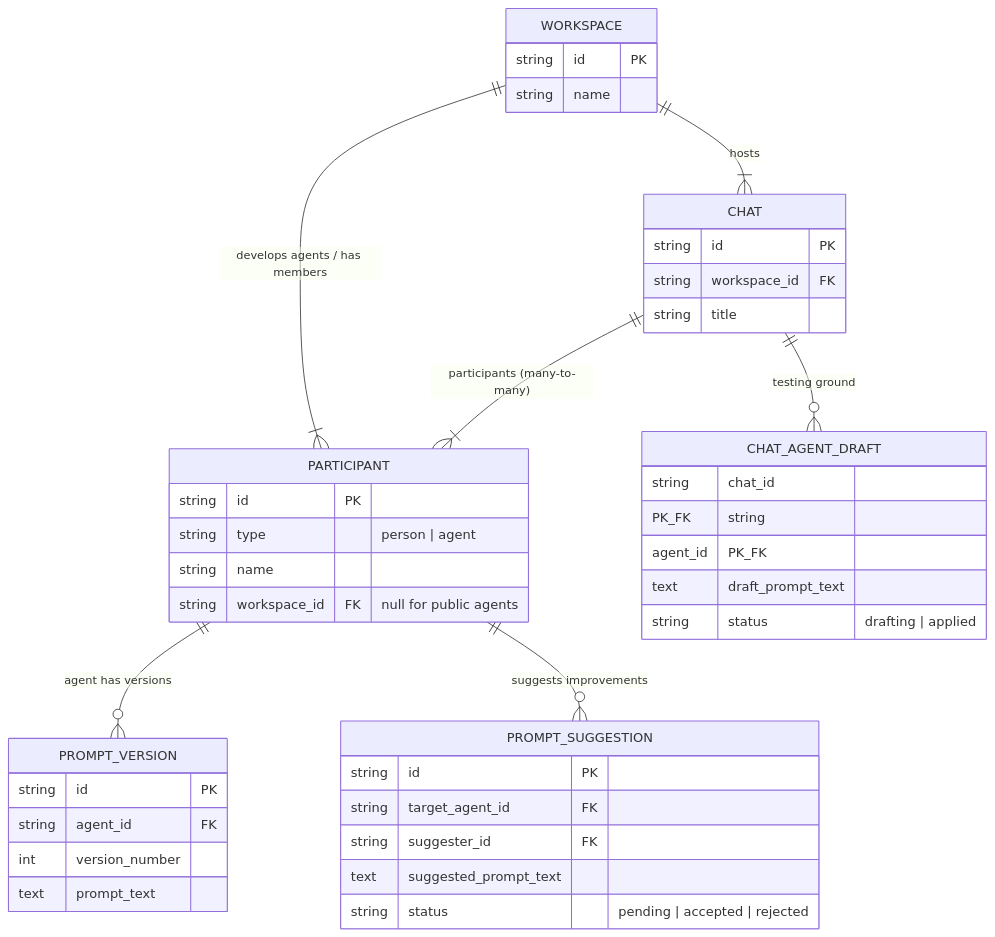
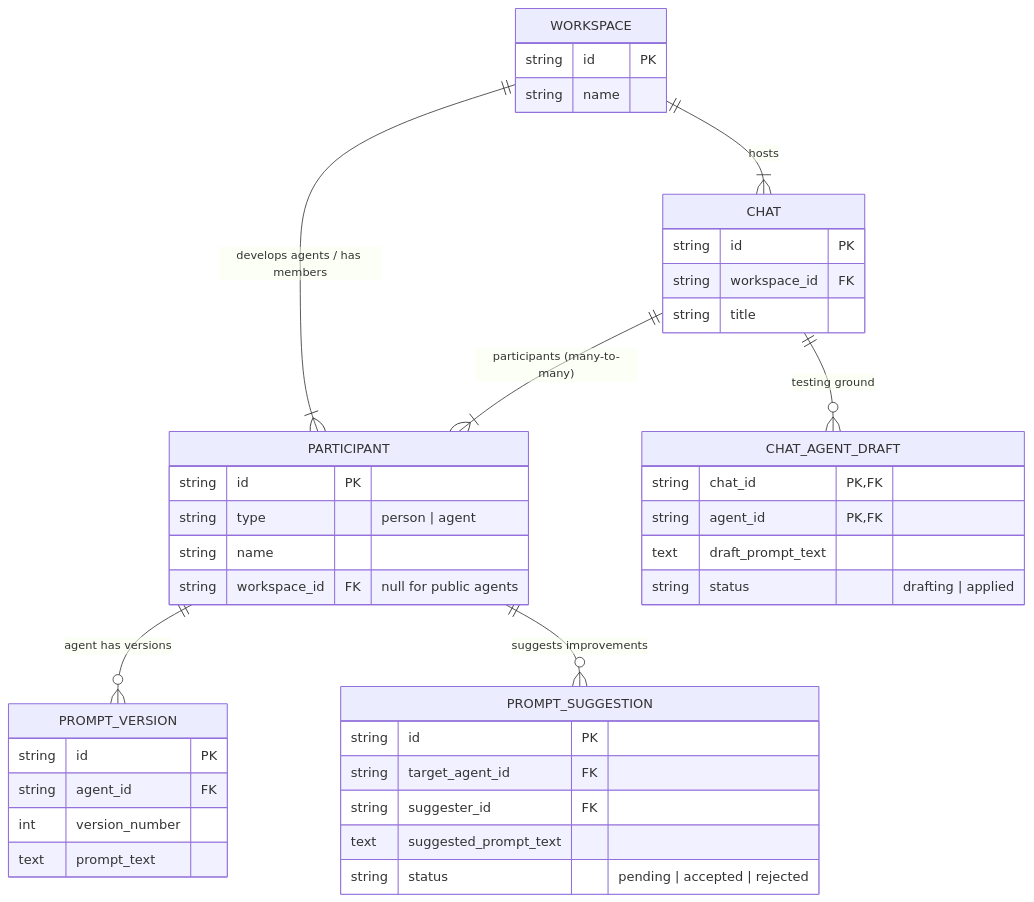
Before and after one commit to zhowzeng/v2-design-doc: the first of 7 diagrams in design_doc.md, drawn with Mermaid. The commit also changed other lines of this file, not shown here.

````diff
--- a/design_doc.md
+++ b/design_doc.md
@@ -32,53 +33,53 @@
 ```mermaid
 erDiagram
     %% 核心實體
     WORKSPACE {
         string id PK
         string name
     }
     
     PARTICIPANT {
         string id PK
         string type "person | agent"
         string name
         string workspace_id FK "null for public agents"
     }
     
     CHAT {
         string id PK
         string workspace_id FK
         string title
     }
     
     %% Agent 專用
     PROMPT_VERSION {
         string id PK
         string agent_id FK
         int version_number
         text prompt_text
     }
     
     %% 協作機制
     CHAT_AGENT_DRAFT {
-        string chat_id PK_FK
-        string agent_id PK_FK
+        string chat_id PK, FK
+        string agent_id PK, FK
         text draft_prompt_text
         string status "drafting | applied"
     }
     
     PROMPT_SUGGESTION {
         string id PK
         string target_agent_id FK
         string suggester_id FK
         text suggested_prompt_text
         string status "pending | accepted | rejected"
     }
 
     %% 關係
     WORKSPACE ||--|{ PARTICIPANT : "develops agents / has members"
     WORKSPACE ||--|{ CHAT : "hosts"
     CHAT ||--|{ PARTICIPANT : "participants (many-to-many)"
     PARTICIPANT ||--o{ PROMPT_VERSION : "agent has versions"
     CHAT ||--o{ CHAT_AGENT_DRAFT : "testing ground"
     PARTICIPANT ||--o{ PROMPT_SUGGESTION : "suggests improvements"
 ```
````
